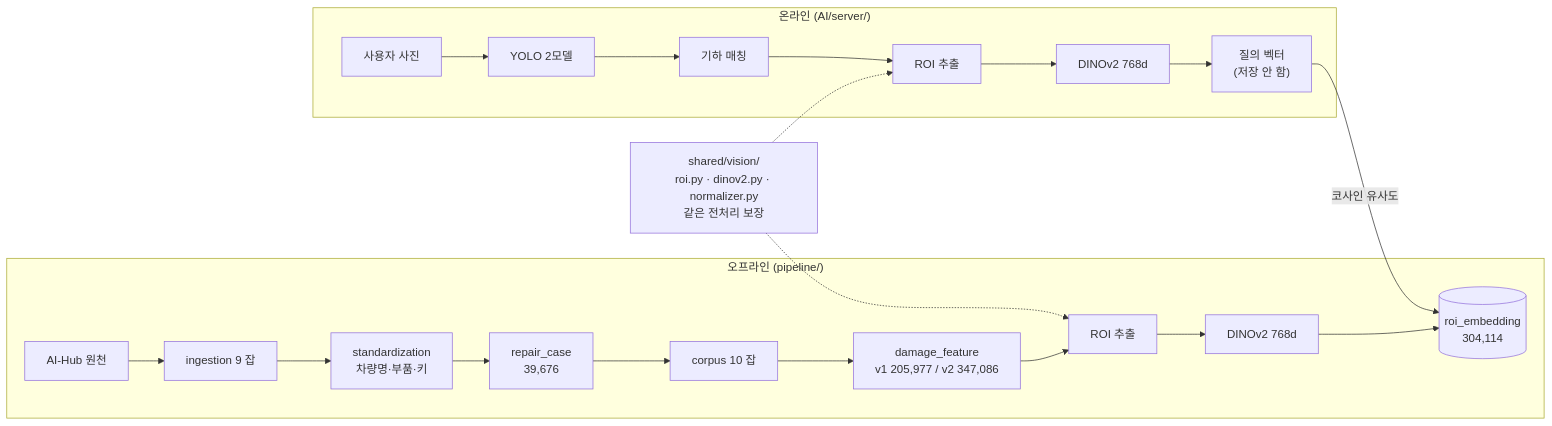
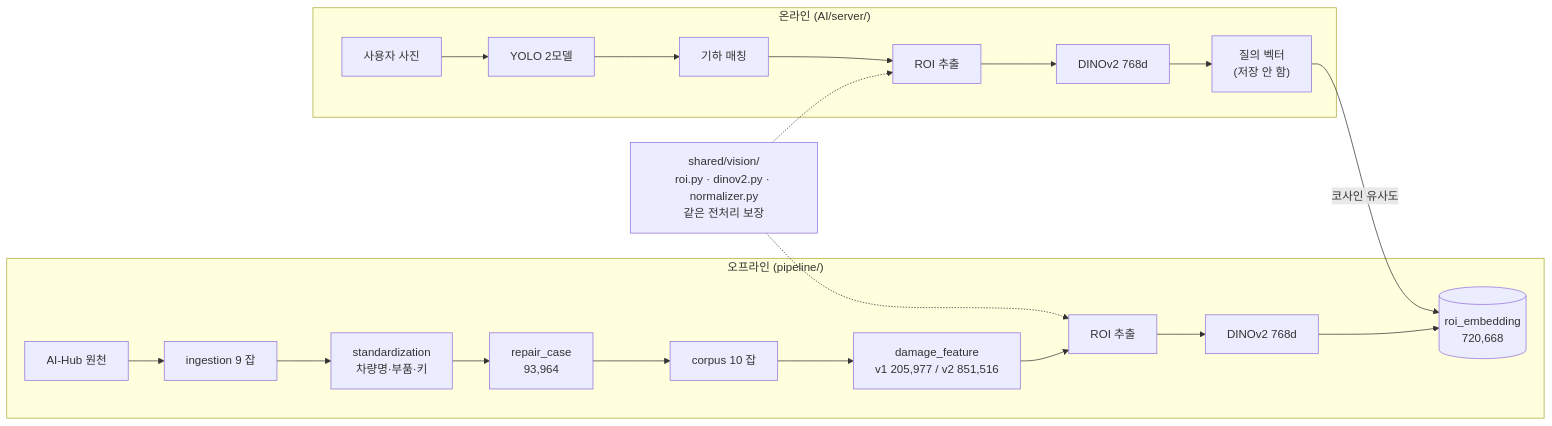
The fifth of 8 diagrams in 통합_기술문서/diagrams/이미지_분석_흐름.md (seoboyoung18/Noca), drawn with Mermaid before and after one commit. The commit also changed 19 other files, not shown here.

````diff
--- a/통합_기술문서/diagrams/이미지_분석_흐름.md
+++ b/통합_기술문서/diagrams/이미지_분석_흐름.md
@@ -94,30 +94,30 @@
 ```mermaid
 flowchart LR
     subgraph OFF["오프라인 (pipeline/)"]
         O1["AI-Hub 원천"]
         O2["ingestion 9 잡"]
         O3["standardization<br/>차량명·부품·키"]
-        O4["repair_case<br/>39,676"]
+        O4["repair_case<br/>93,964"]
         O5["corpus 10 잡"]
-        O6["damage_feature<br/>v1 205,977 / v2 347,086"]
+        O6["damage_feature<br/>v1 205,977 / v2 851,516"]
         O7["ROI 추출"]
         O8["DINOv2 768d"]
-        O9[("roi_embedding<br/>304,114")]
+        O9[("roi_embedding<br/>720,668")]
         O1-->O2-->O3-->O4-->O5-->O6-->O7-->O8-->O9
     end
 
     subgraph ON["온라인 (AI/server/)"]
         N1["사용자 사진"]
         N2["YOLO 2모델"]
         N3["기하 매칭"]
         N4["ROI 추출"]
         N5["DINOv2 768d"]
         N6["질의 벡터<br/>(저장 안 함)"]
         N1-->N2-->N3-->N4-->N5-->N6
     end
 
     SH["shared/vision/<br/>roi.py · dinov2.py · normalizer.py<br/>같은 전처리 보장"]
     SH -.-> O7
     SH -.-> N4
     N6 -->|코사인 유사도| O9
 ```
````
